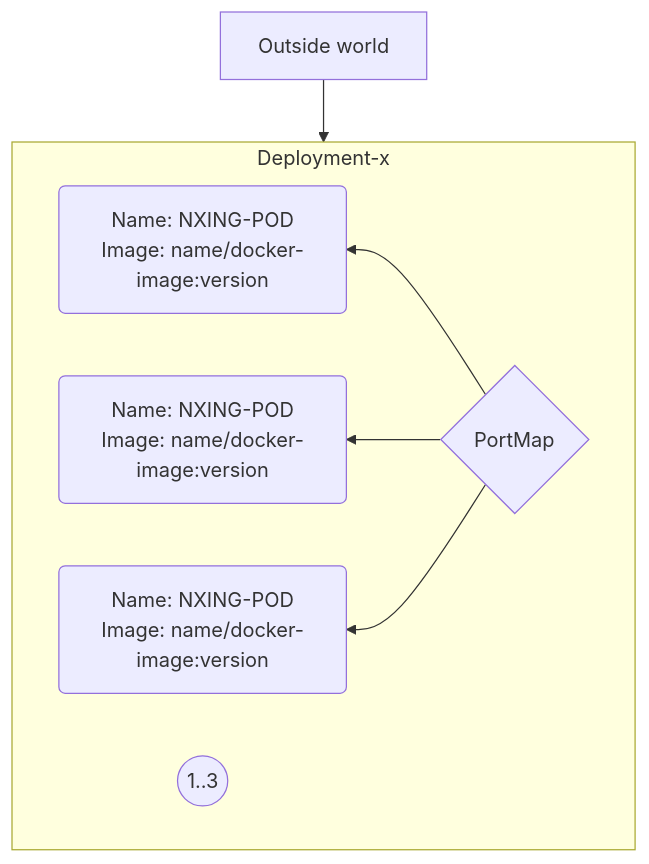
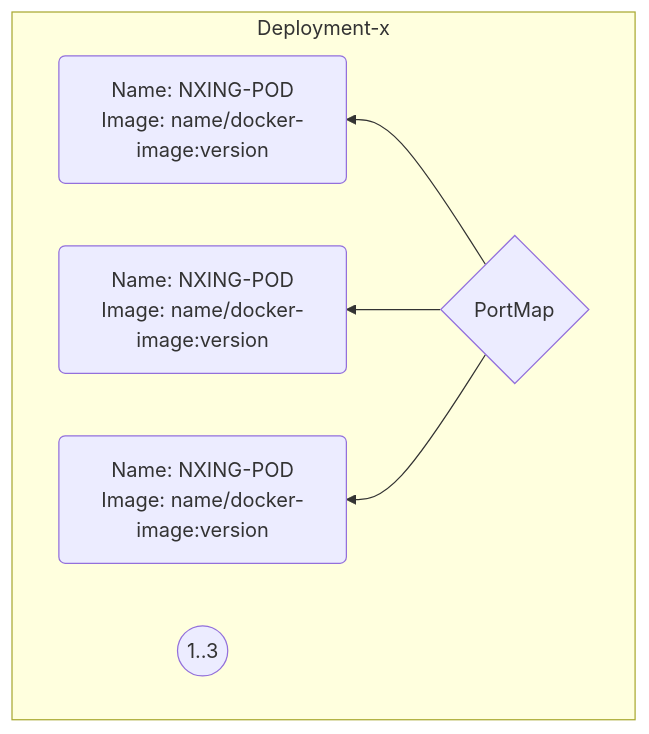
The diagram in README.md (TimRoos98/rendering), drawn with Mermaid before and after one commit.

````diff
--- a/README.md
+++ b/README.md
@@ -1,17 +1,14 @@
 ```mermaid
 flowchart TD
-    B["Outside world"]
-    
-    B-->G
     subgraph Deployment-x
         direction RL
         G{PortMap}
         scalar((1..3))
         G-->Container-1("`Name: NXING-POD
                         Image: name/docker-image:version`")
         G-->Container-2("`Name: NXING-POD
                         Image: name/docker-image:version`")
         G-->Container-3("`Name: NXING-POD
                         Image: name/docker-image:version`")
     end
 ```
````
